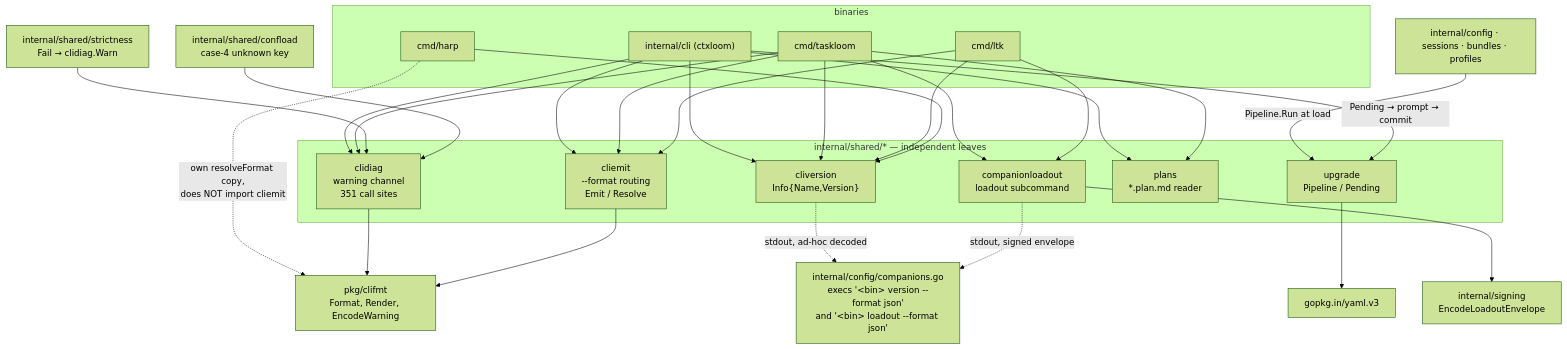
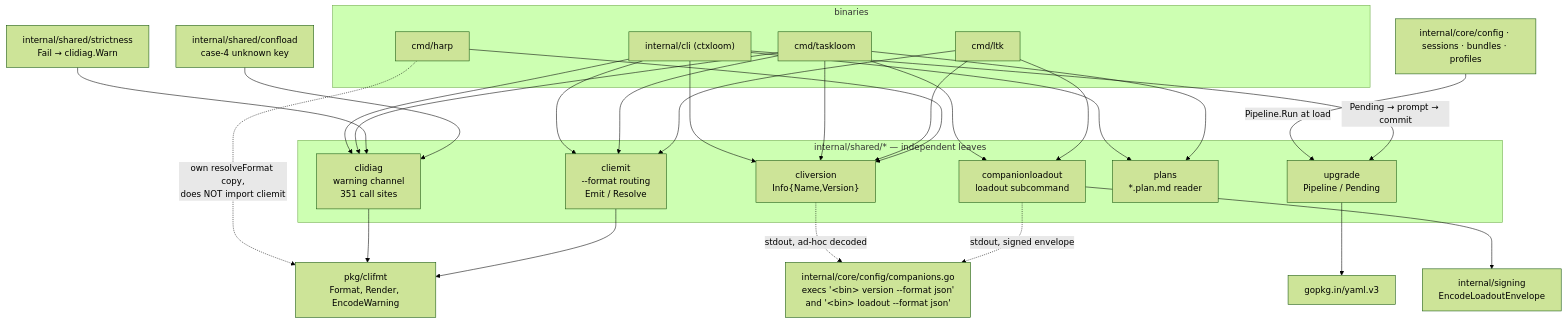
One commit to ctxloom/ctxloom changed the diagram in docs/architecture/shared/cli-support.md. Above: the diagram before and after it, drawn with Mermaid (forest theme). The commit also changed other lines of this file and 1836 other files, not shown here.

First line of the commit message:
refactor(arch): move the core ring into internal/core

````diff
--- a/docs/architecture/shared/cli-support.md
+++ b/docs/architecture/shared/cli-support.md
@@ -7,42 +7,42 @@
 ```mermaid
 flowchart TD
   subgraph binaries["binaries"]
     CLI["internal/cli (ctxloom)"]
     TL["cmd/taskloom"]
     LTK["cmd/ltk"]
     HARP["cmd/harp"]
   end
 
   subgraph helpers["internal/shared/* — independent leaves"]
     CD["clidiag<br/>warning channel<br/>351 call sites"]
     CE["cliemit<br/>--format routing<br/>Emit / Resolve"]
     CV["cliversion<br/>Info{Name,Version}"]
     CL["companionloadout<br/>loadout subcommand"]
     PL["plans<br/>*.plan.md reader"]
     UP["upgrade<br/>Pipeline / Pending"]
   end
 
   CFMT["pkg/clifmt<br/>Format, Render, EncodeWarning"]
   SIGN["internal/signing<br/>EncodeLoadoutEnvelope"]
   YAML["gopkg.in/yaml.v3"]
 
   CLI --> CD & CE & CV & PL
   TL --> CD & CE & CV & CL & PL
   LTK --> CE & CV & CL
   HARP --> CV
   HARP -.->|"own resolveFormat copy,<br/>does NOT import cliemit"| CFMT
 
   CD --> CFMT
   CE --> CFMT
   CL --> SIGN
   UP --> YAML
 
   STR["internal/shared/strictness<br/>Fail → clidiag.Warn"] --> CD
   CONF["internal/shared/confload<br/>case-4 unknown key"] --> CD
 
-  CFG["internal/config · sessions · bundles · profiles"] -->|"Pipeline.Run at load"| UP
+  CFG["internal/core/config · sessions · bundles · profiles"] -->|"Pipeline.Run at load"| UP
   CLI -->|"Pending → prompt → commit"| UP
-  PROBE["internal/config/companions.go<br/>execs '&lt;bin&gt; version --format json'<br/>and '&lt;bin&gt; loadout --format json'"]
+  PROBE["internal/core/config/companions.go<br/>execs '&lt;bin&gt; version --format json'<br/>and '&lt;bin&gt; loadout --format json'"]
   CV -.->|"stdout, ad-hoc decoded"| PROBE
   CL -.->|"stdout, signed envelope"| PROBE
 ```
````
